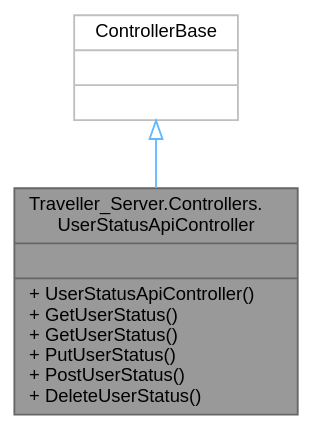
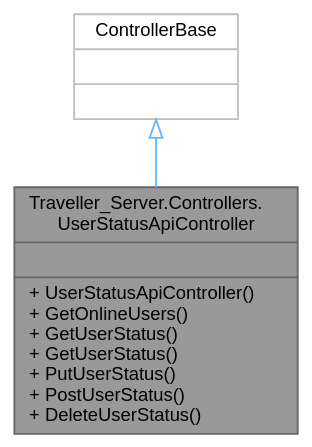
Before and after one commit to VenelinArgirov/manual-tecnico.github.io: the diagram in Servidor/class_traveller___server_1_1_controllers_1_1_user_status_api_controller__inherit__graph.dot, drawn with Graphviz. The commit also changed 998 other files, not shown here.

```diff
--- a/Servidor/class_traveller___server_1_1_controllers_1_1_user_status_api_controller__inherit__graph.dot
+++ b/Servidor/class_traveller___server_1_1_controllers_1_1_user_status_api_controller__inherit__graph.dot
@@ -1,10 +1,10 @@
 digraph "Traveller_Server.Controllers.UserStatusApiController"
 {
  // LATEX_PDF_SIZE
   bgcolor="transparent";
   edge [fontname=Helvetica,fontsize=10,labelfontname=Helvetica,labelfontsize=10];
   node [fontname=Helvetica,fontsize=10,shape=box,height=0.2,width=0.4];
-  Node1 [shape=record,label="{Traveller_Server.Controllers.\lUserStatusApiController\n||+ UserStatusApiController()\l+ GetUserStatus()\l+ GetUserStatus()\l+ PutUserStatus()\l+ PostUserStatus()\l+ DeleteUserStatus()\l}",height=0.2,width=0.4,color="gray40", fillcolor="grey60", style="filled", fontcolor="black",tooltip=" "];
+  Node1 [shape=record,label="{Traveller_Server.Controllers.\lUserStatusApiController\n||+ UserStatusApiController()\l+ GetOnlineUsers()\l+ GetUserStatus()\l+ GetUserStatus()\l+ PutUserStatus()\l+ PostUserStatus()\l+ DeleteUserStatus()\l}",height=0.2,width=0.4,color="gray40", fillcolor="grey60", style="filled", fontcolor="black",tooltip=" "];
   Node2 -> Node1 [dir="back",color="steelblue1",style="solid",arrowtail="onormal"];
   Node2 [shape=record,label="{ControllerBase\n||}",height=0.2,width=0.4,color="grey75", fillcolor="white", style="filled",tooltip=" "];
 }
```
